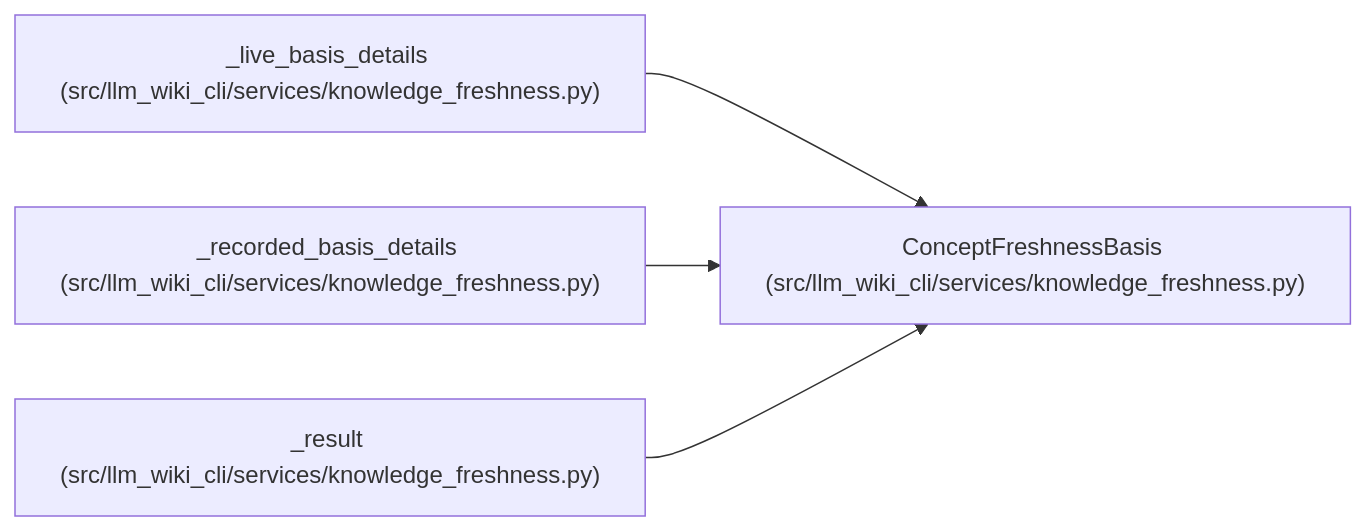
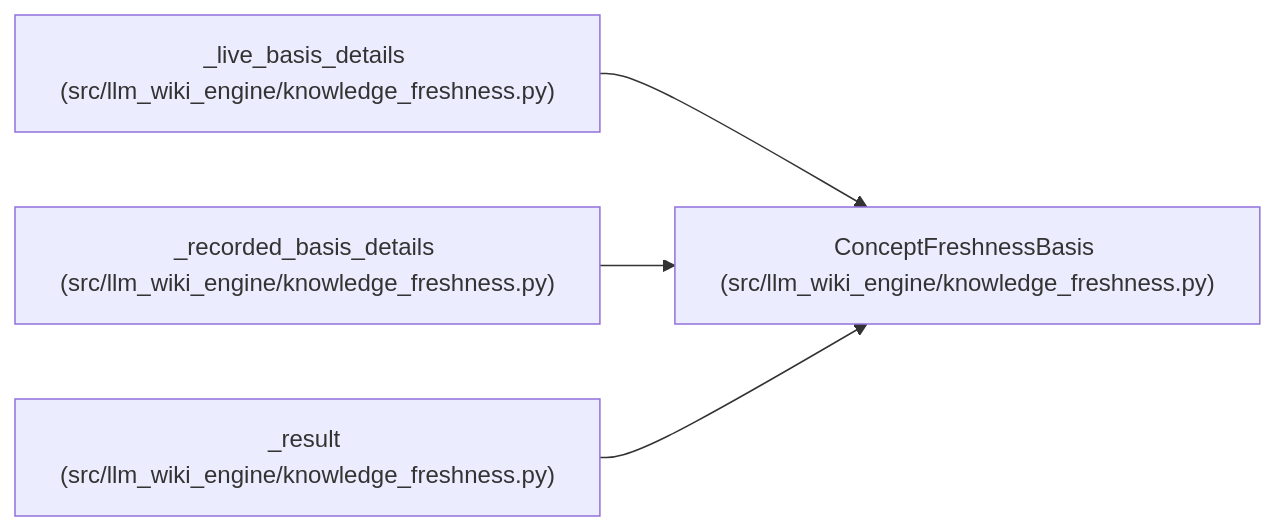
The diagram in docs/llm_wiki/entities/ConceptFreshnessBasis.md (Denissvgn/python-wiki-llm), drawn with Mermaid before and after one commit. The commit also changed other lines of this file and 1058 other files, not shown here.

First line of the commit message:
docs: refresh the wiki for the knowledge store move

````diff
--- a/docs/llm_wiki/entities/ConceptFreshnessBasis.md
+++ b/docs/llm_wiki/entities/ConceptFreshnessBasis.md
@@ -40,14 +40,14 @@
 ```mermaid
 flowchart LR
-    n0["ConceptFreshnessBasis (src/llm_wiki_cli/services/knowledge_freshness.py)"]
-    n1["_live_basis_details (src/llm_wiki_cli/services/knowledge_freshness.py)"]
-    n2["_recorded_basis_details (src/llm_wiki_cli/services/knowledge_freshness.py)"]
-    n3["_result (src/llm_wiki_cli/services/knowledge_freshness.py)"]
+    n0["ConceptFreshnessBasis (src/llm_wiki_engine/knowledge_freshness.py)"]
+    n1["_live_basis_details (src/llm_wiki_engine/knowledge_freshness.py)"]
+    n2["_recorded_basis_details (src/llm_wiki_engine/knowledge_freshness.py)"]
+    n3["_result (src/llm_wiki_engine/knowledge_freshness.py)"]
     n1 --> n0
     n2 --> n0
     n3 --> n0
     click n0 "../modules/knowledge_freshness.md"
     click n1 "../modules/knowledge_freshness.md"
     click n2 "../modules/knowledge_freshness.md"
     click n3 "../modules/knowledge_freshness.md"
 ```
````
